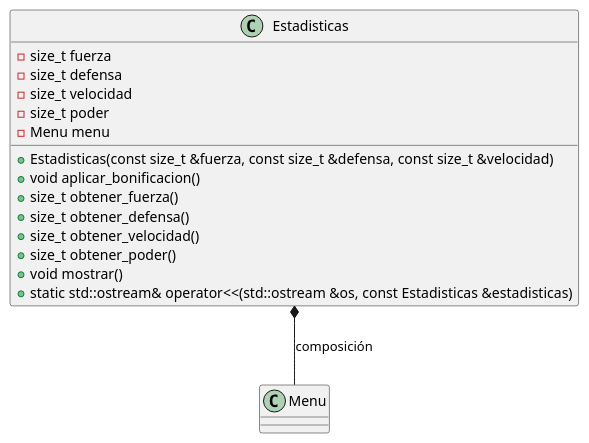
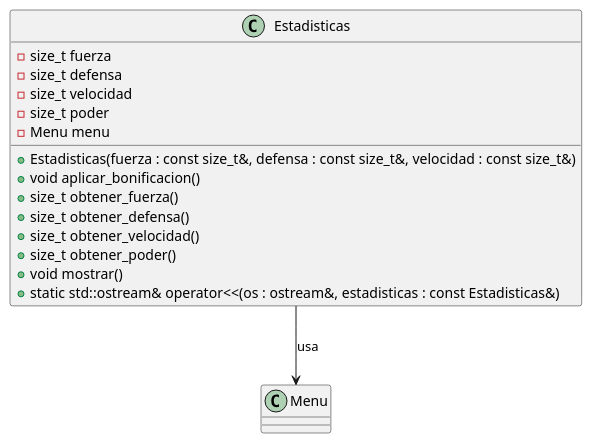
One commit to guillsil/Transformers-Game changed the diagram in Diagramas-UML/Estadisticas.puml. Above: the diagram before and after it, drawn with PlantUML. The commit also changed 15 other files, not shown here.

Commit message:
Refactor: adapto los uml ya que los mismo con los atributos primero va el nombre y luego el tipo.

```diff
--- a/Diagramas-UML/Estadisticas.puml
+++ b/Diagramas-UML/Estadisticas.puml
@@ -1,25 +1,25 @@
 @startuml
 'https://plantuml.com/class-diagram
 class Menu
 
 class Estadisticas {
     - size_t fuerza
     - size_t defensa
     - size_t velocidad
     - size_t poder
     - Menu menu
 
-    + Estadisticas(const size_t &fuerza, const size_t &defensa, const size_t &velocidad)
+    + Estadisticas(fuerza : const size_t&, defensa : const size_t&, velocidad : const size_t&)
     + void aplicar_bonificacion()
     + size_t obtener_fuerza()
     + size_t obtener_defensa()
     + size_t obtener_velocidad()
     + size_t obtener_poder()
     + void mostrar()
-    + static std::ostream& operator<<(std::ostream &os, const Estadisticas &estadisticas)
+    + static std::ostream& operator<<(os : ostream&, estadisticas : const Estadisticas&)
 }
 
 ' Relaciones
-Estadisticas *-- Menu : "composición"
+Estadisticas --> Menu : "usa"
 
 @enduml
```
